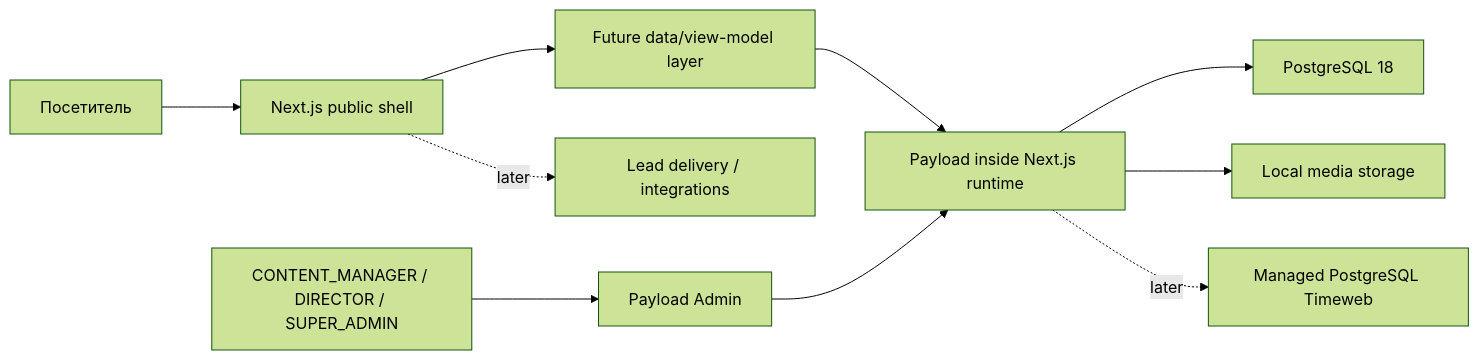
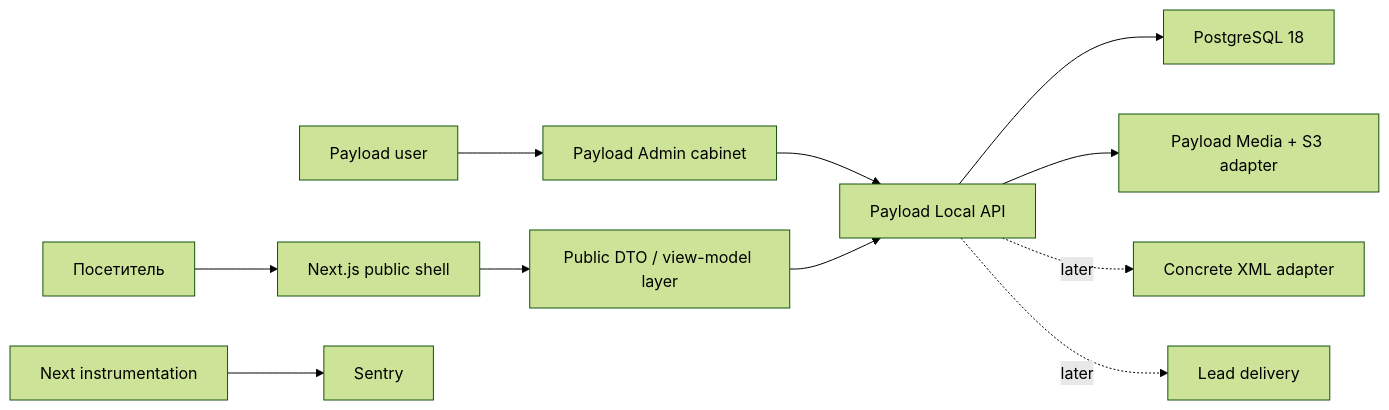
Before and after one commit to neyro-level/atlas-realty-starter: the diagram in docs/ARCHITECTURE.md, drawn with Mermaid (forest theme). The commit also changed other lines of this file and 90 other files, not shown here.

Commit message:
Усилить Payload Admin и production foundation

````diff
--- a/docs/ARCHITECTURE.md
+++ b/docs/ARCHITECTURE.md
@@ -5,12 +20,13 @@
 ```mermaid
 flowchart LR
     visitor["Посетитель"] --> public["Next.js public shell"]
-    editor["CONTENT_MANAGER / DIRECTOR / SUPER_ADMIN"] --> admin["Payload Admin"]
-    public --> queries["Future data/view-model layer"]
-    queries --> payload["Payload inside Next.js runtime"]
-    admin --> payload
+    editor["Payload user"] --> admin["Payload Admin cabinet"]
+    public --> queries["Public DTO / view-model layer"]
+    admin --> payload["Payload Local API"]
+    queries --> payload
     payload --> db["PostgreSQL 18"]
-    payload --> media["Local media storage"]
-    payload -. later .-> timeweb["Managed PostgreSQL Timeweb"]
-    public -. later .-> leads["Lead delivery / integrations"]
+    payload --> media["Payload Media + S3 adapter"]
+    payload -. later .-> xml["Concrete XML adapter"]
+    payload -. later .-> crm["Lead delivery"]
+    runtime["Next instrumentation"] --> sentry["Sentry"]
 ```
````
